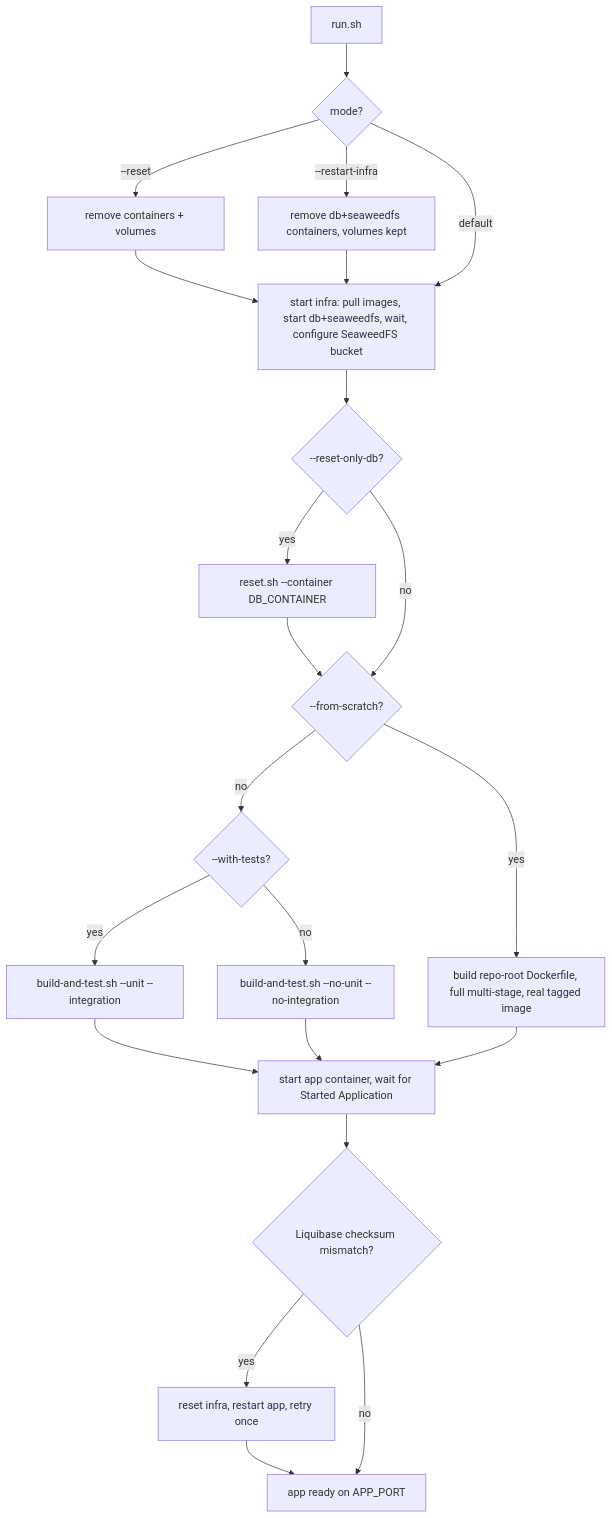
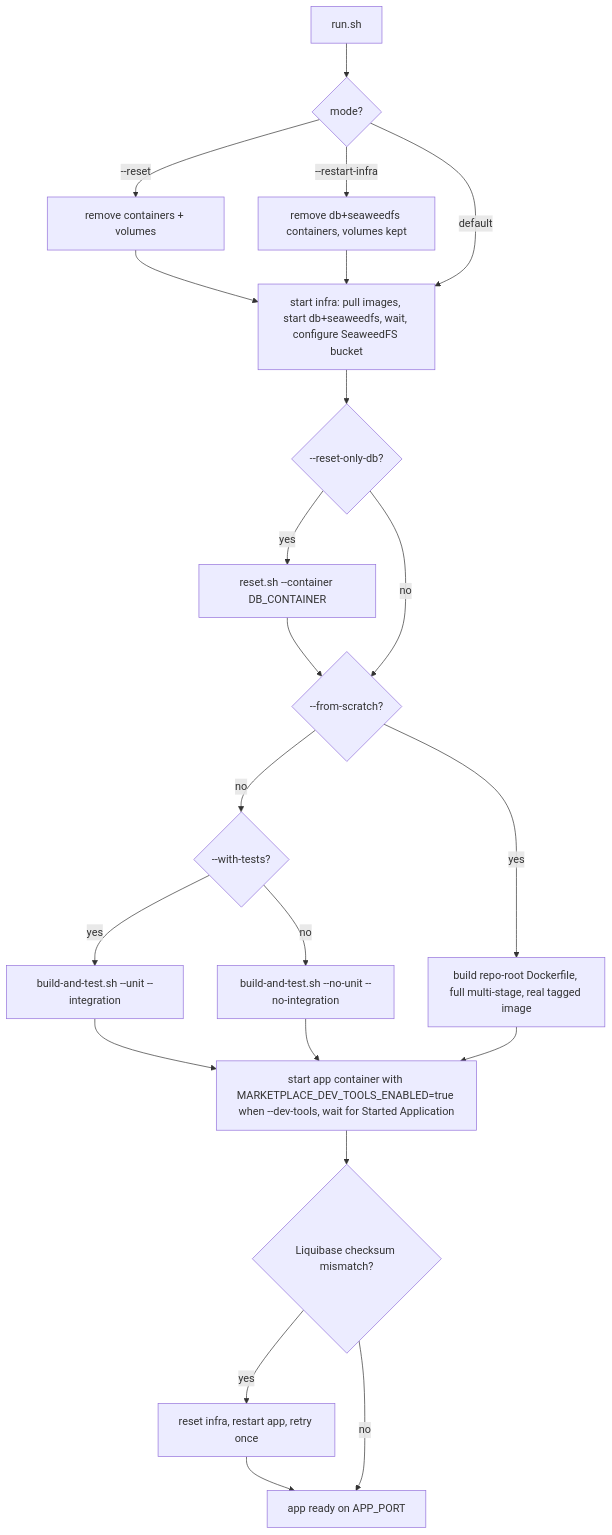
The first of 2 diagrams in scripts/deploy-and-run/README.md (OstMutant/Advertisement), drawn with Mermaid before and after one commit. The commit also changed 31 other files, not shown here.

Commit message:
docs(improvement-212): sync documentation with the flow runner page; file headers for the page modules, the dev-tools decision, e2e stage of the CI deploys with --dev-tools

````diff
--- a/scripts/deploy-and-run/README.md
+++ b/scripts/deploy-and-run/README.md
@@ -23,18 +23,18 @@
 ```mermaid
 flowchart TD
     A[run.sh] --> B{mode?}
     B -->|--reset| B1[remove containers + volumes] --> C
     B -->|--restart-infra| B2[remove db+seaweedfs containers, volumes kept] --> C
     B -->|default| C[start infra: pull images, start db+seaweedfs, wait, configure SeaweedFS bucket]
     C --> D{--reset-only-db?}
     D -->|yes| D1[reset.sh --container DB_CONTAINER] --> E
     D -->|no| E{--from-scratch?}
     E -->|no| E2{--with-tests?}
     E2 -->|yes| E1a[build-and-test.sh --unit --integration] --> G
     E2 -->|no| E1b[build-and-test.sh --no-unit --no-integration] --> G
     E -->|yes| F2[build repo-root Dockerfile, full multi-stage, real tagged image] --> G
-    G[start app container, wait for Started Application]
+    G[start app container with MARKETPLACE_DEV_TOOLS_ENABLED=true when --dev-tools, wait for Started Application]
     G --> H{Liquibase checksum mismatch?}
     H -->|yes| H1[reset infra, restart app, retry once] --> I[app ready on APP_PORT]
     H -->|no| I
 ```
````
